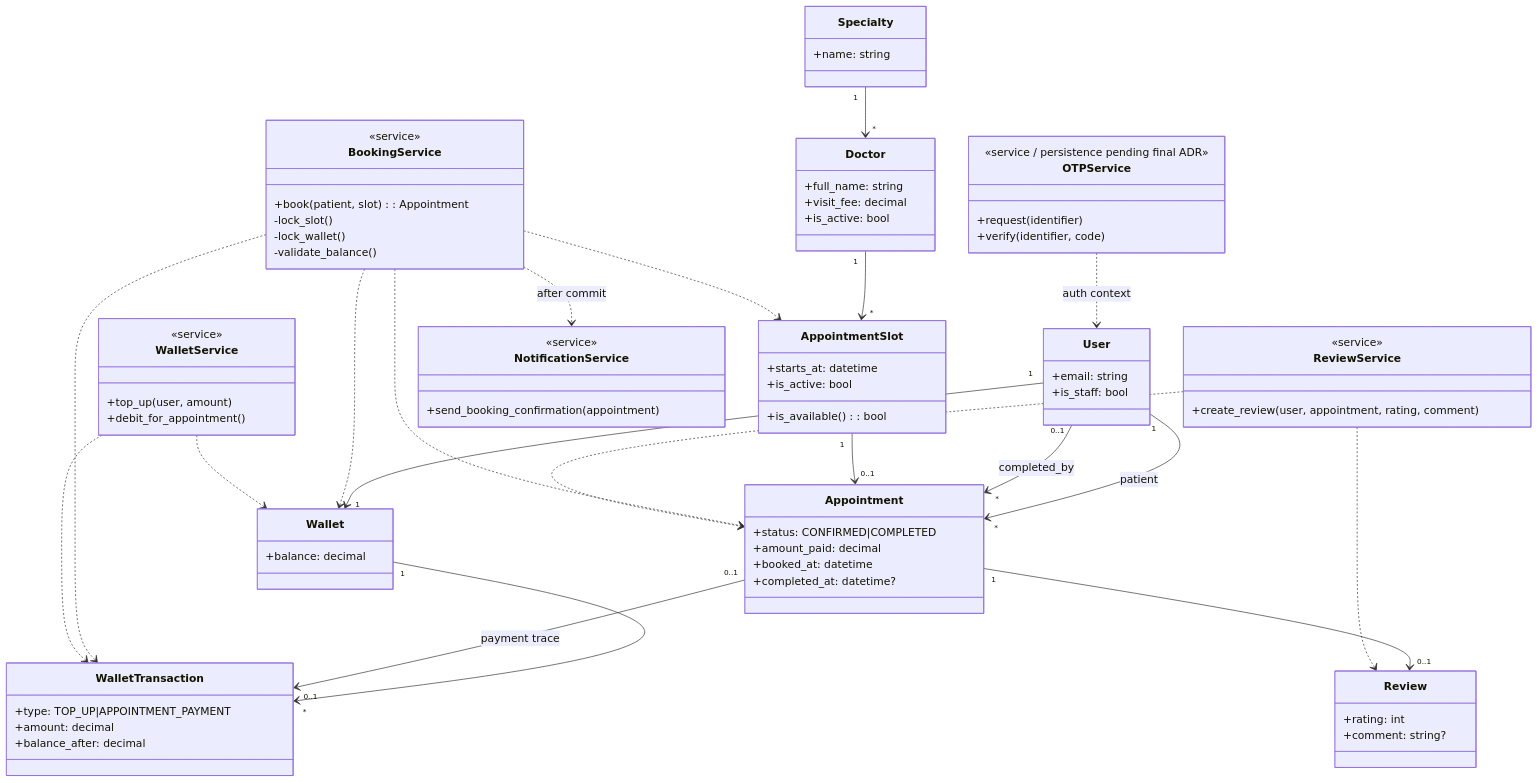
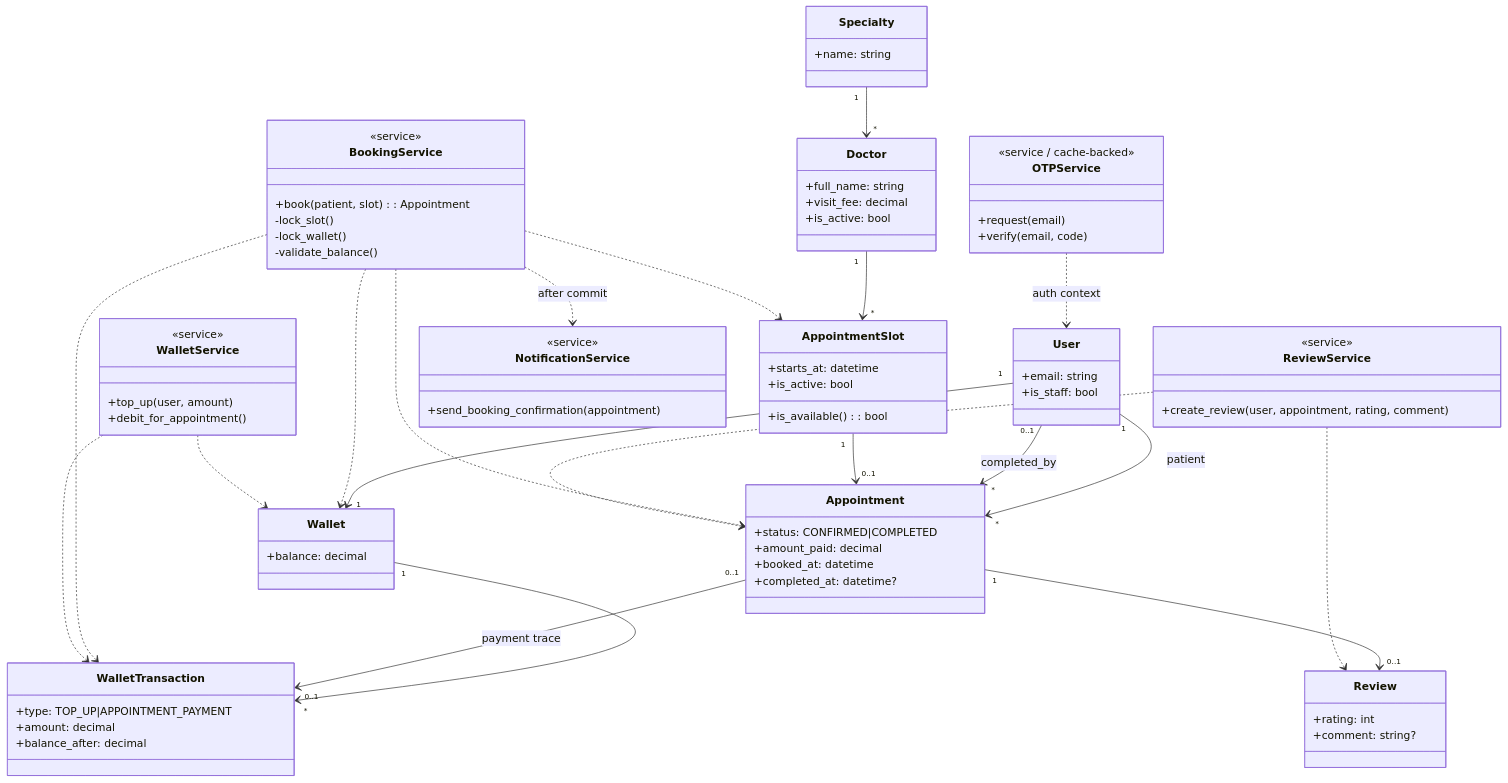
One commit to SARD-81/doctor-appointment-system changed the diagram in documents/architecture/uml-domain-class.md. Above: the diagram before and after it, drawn with Mermaid. The commit also changed 60 other files, not shown here.

```diff
--- a/documents/architecture/uml-domain-class.md
+++ b/documents/architecture/uml-domain-class.md
@@ -48,9 +48,9 @@
     }
 
     class OTPService {
-        <<service / persistence pending final ADR>>
-        +request(identifier)
-        +verify(identifier, code)
+        <<service / cache-backed>>
+        +request(email)
+        +verify(email, code)
     }
 
     class BookingService {
```
